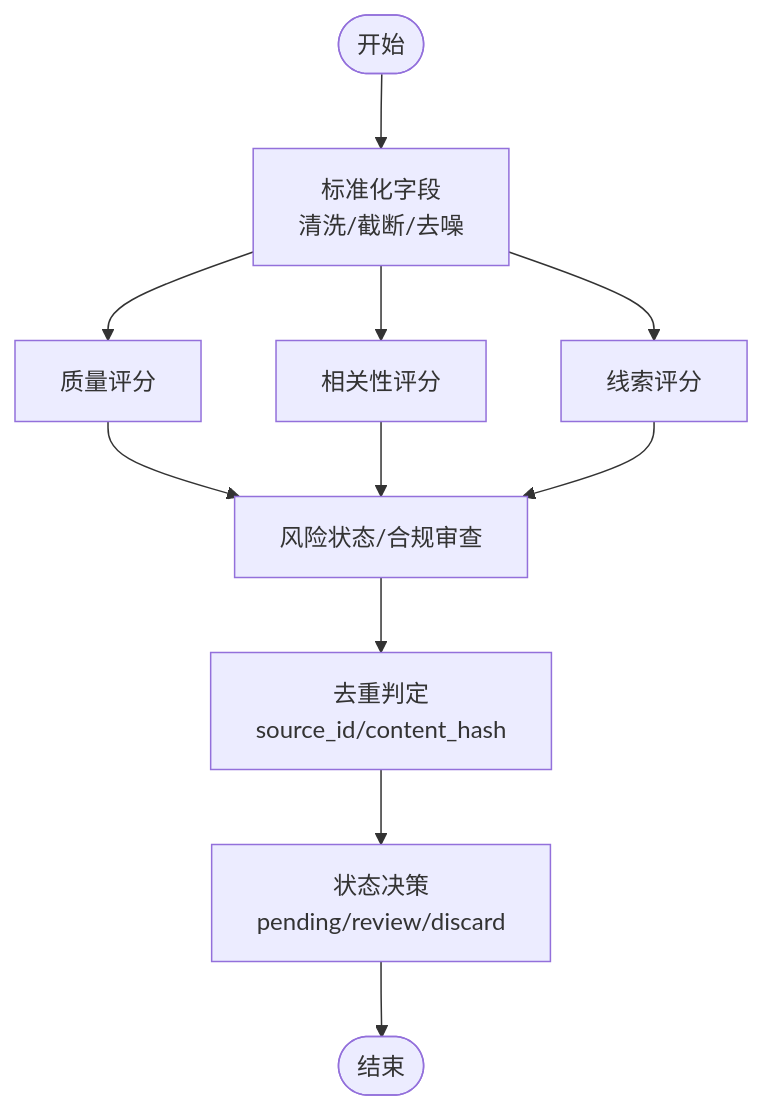
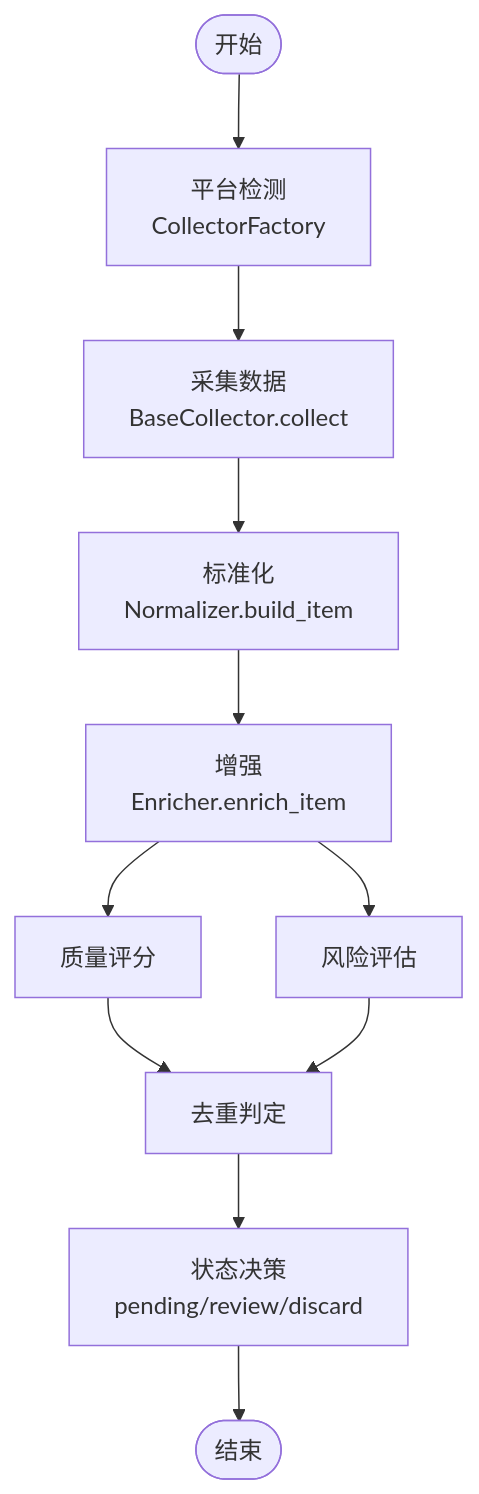
The sixth of 8 diagrams in .qoder/repowiki/zh/content/内容采集系统/内容采集系统.md (dream-ze/AI_huoke-), drawn with Mermaid before and after one commit. The commit also changed other lines of this file and 52 other files, not shown here.

````diff
--- a/.qoder/repowiki/zh/content/内容采集系统/内容采集系统.md
+++ b/.qoder/repowiki/zh/content/内容采集系统/内容采集系统.md
@@ -253,13 +327,13 @@
 ```mermaid
 flowchart TD
-Start(["开始"]) --> Normalize["标准化字段<br/>清洗/截断/去噪"]
-Normalize --> Quality["质量评分"]
-Normalize --> Relevance["相关性评分"]
-Normalize --> Lead["线索评分"]
-Quality --> Risk["风险状态/合规审查"]
-Relevance --> Risk
-Lead --> Risk
-Risk --> Duplicate["去重判定<br/>source_id/content_hash"]
+Start(["开始"]) --> Detect["平台检测<br/>CollectorFactory"]
+Detect --> Collect["采集数据<br/>BaseCollector.collect"]
+Collect --> Normalize["标准化<br/>Normalizer.build_item"]
+Normalize --> Enrich["增强<br/>Enricher.enrich_item"]
+Enrich --> Quality["质量评分"]
+Enrich --> Risk["风险评估"]
+Quality --> Duplicate["去重判定"]
+Risk --> Duplicate
 Duplicate --> Status["状态决策<br/>pending/review/discard"]
 Status --> End(["结束"])
 ```
````
